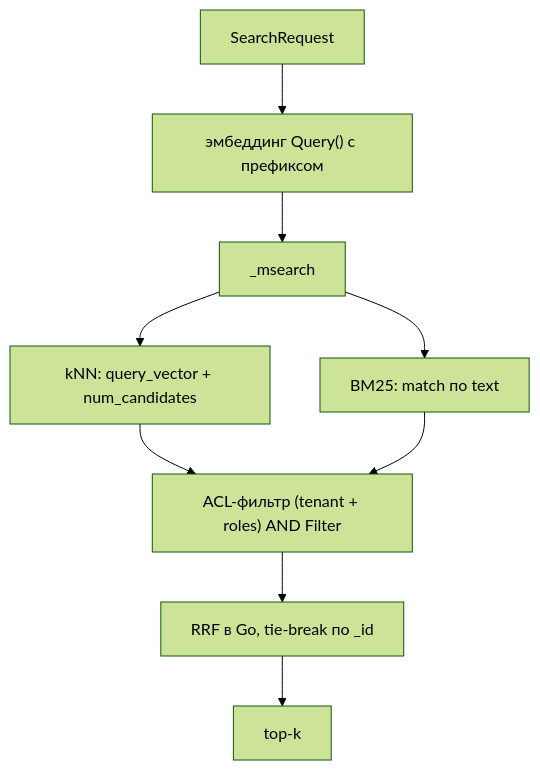
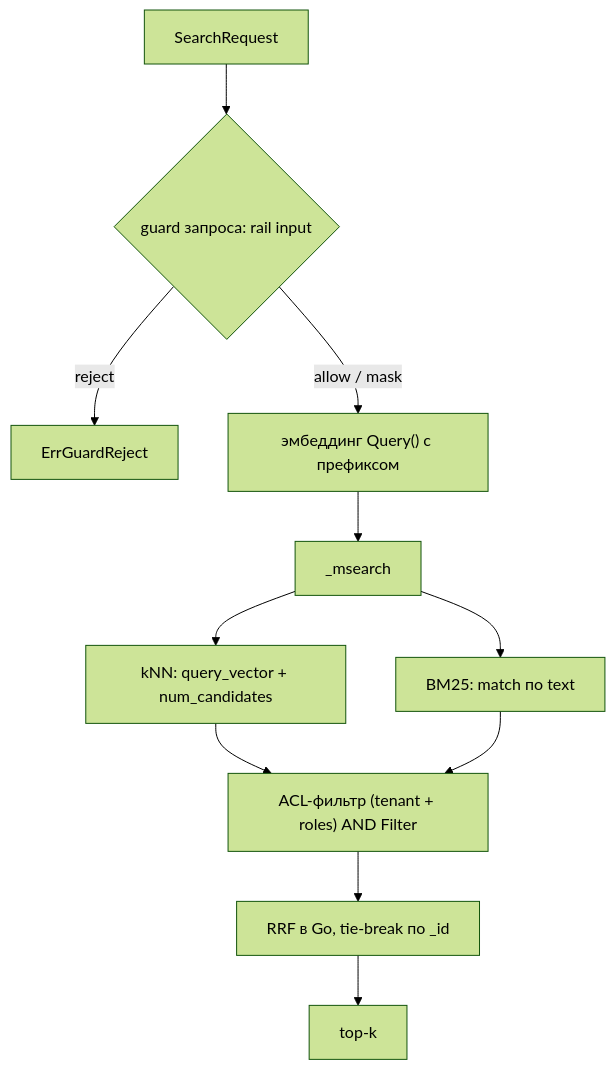
One commit to KirillYuzh/Gobellim changed the second of 2 diagrams in docs/concepts/retrieval.md. Above: the diagram before and after it, drawn with Mermaid (forest theme). The commit also changed other lines of this file and 41 other files, not shown here.

````diff
--- a/docs/concepts/retrieval.md
+++ b/docs/concepts/retrieval.md
@@ -66,11 +66,13 @@
 ```mermaid
 flowchart TD
-    Q["SearchRequest"] --> EMB["эмбеддинг Query() с префиксом"]
+    Q["SearchRequest"] --> G{"guard запроса: rail input"}
+    G -->|"reject"| ERR["ErrGuardReject"]
+    G -->|"allow / mask"| EMB["эмбеддинг Query() с префиксом"]
     EMB --> MS["_msearch"]
     MS --> KNN["kNN: query_vector + num_candidates"]
     MS --> BM["BM25: match по text"]
     KNN --> ACLF["ACL-фильтр (tenant + roles) AND Filter"]
     BM --> ACLF
     ACLF --> RRF["RRF в Go, tie-break по _id"]
     RRF --> TOP["top-k"]
 ```
````
